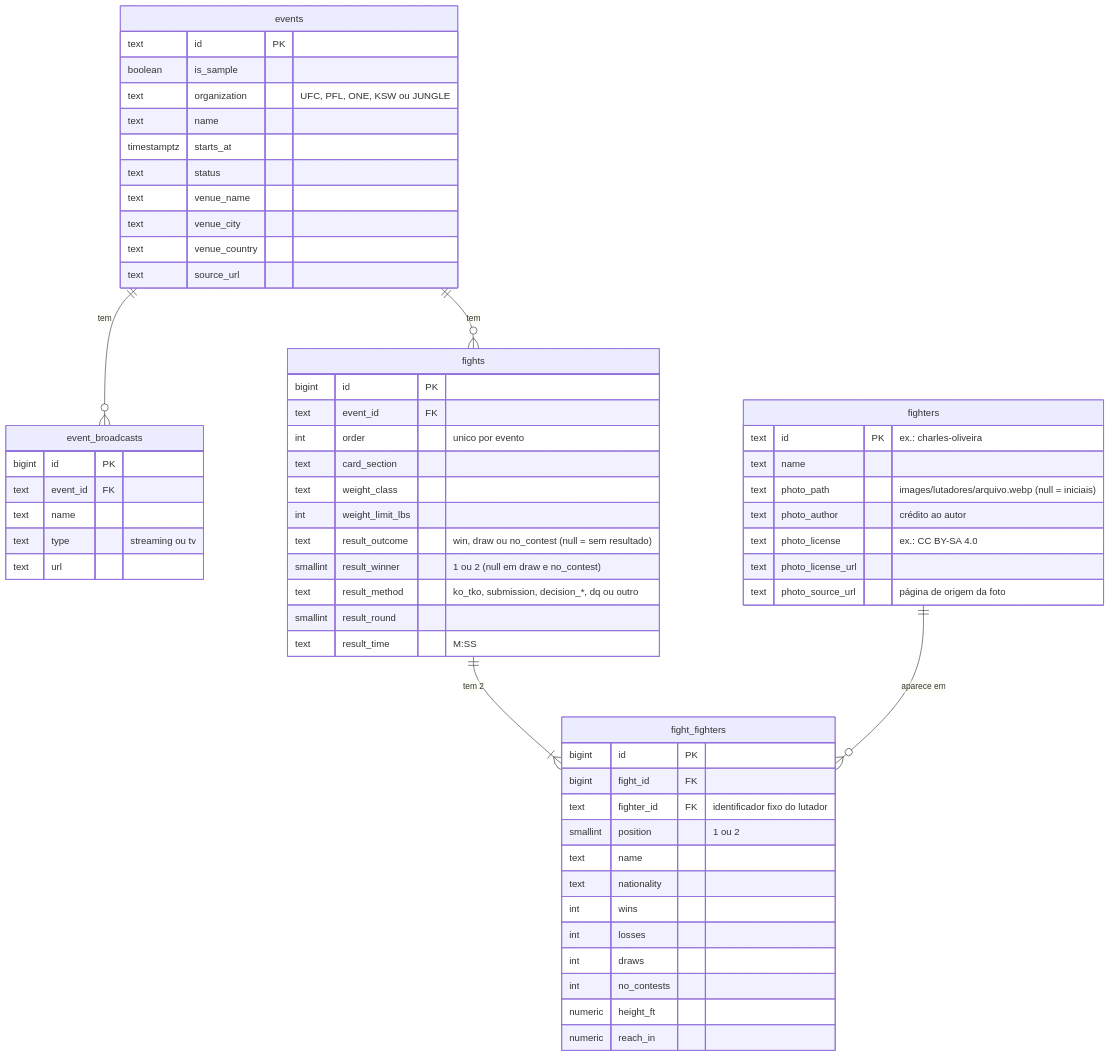
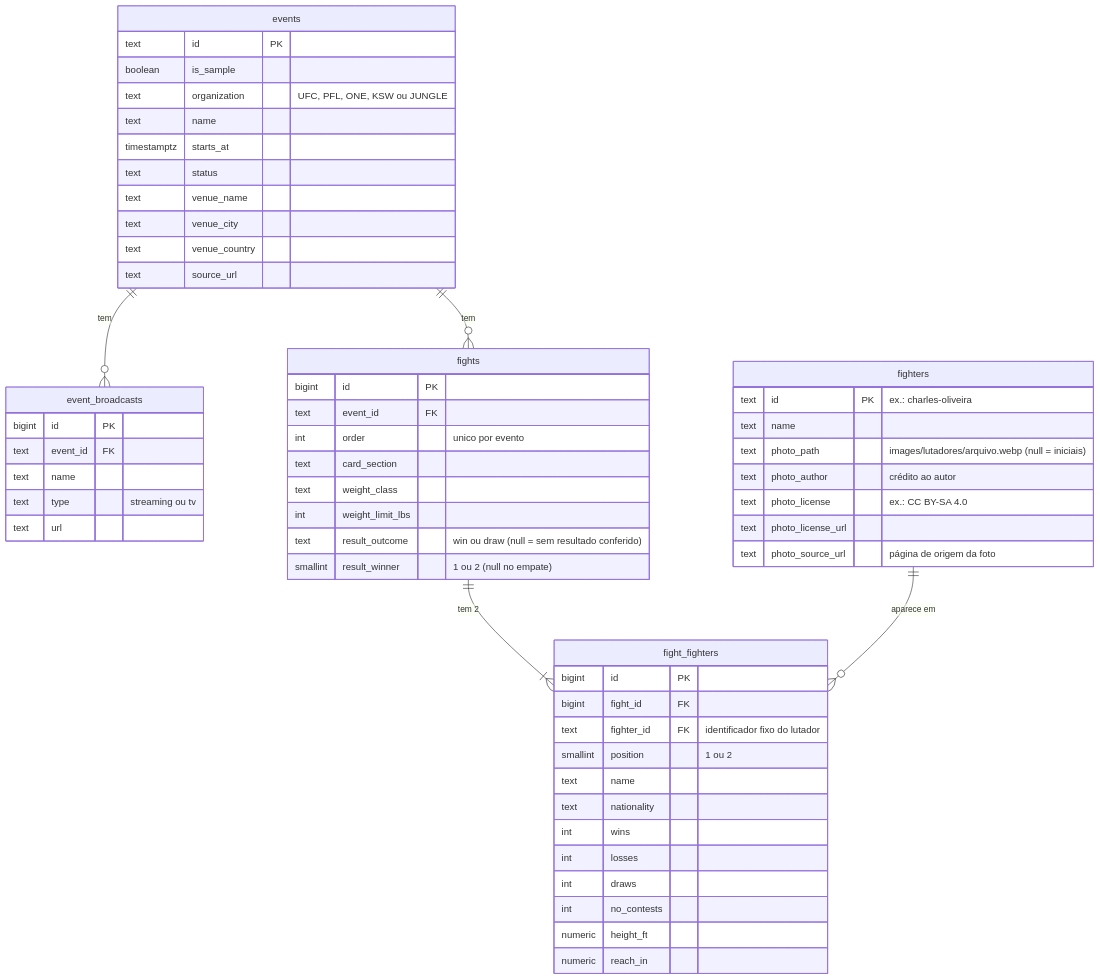
One commit to Gabriel-de-Lima-R/fight-club-events changed the third of 3 diagrams in docs/arquitetura.md. Above: the diagram before and after it, drawn with Mermaid. The commit also changed other lines of this file and 6 other files, not shown here.

Commit message:
feat: adiciona o campo result às lutas (vitória ou empate)

````diff
--- a/docs/arquitetura.md
+++ b/docs/arquitetura.md
@@ -91,63 +91,60 @@
 ```mermaid
 erDiagram
     events ||--o{ event_broadcasts : "tem"
     events ||--o{ fights : "tem"
     fights ||--|{ fight_fighters : "tem 2"
     fighters ||--o{ fight_fighters : "aparece em"
 
     events {
         text id PK
         boolean is_sample
         text organization "UFC, PFL, ONE, KSW ou JUNGLE"
         text name
         timestamptz starts_at
         text status
         text venue_name
         text venue_city
         text venue_country
         text source_url
     }
     event_broadcasts {
         bigint id PK
         text event_id FK
         text name
         text type "streaming ou tv"
         text url
     }
     fights {
         bigint id PK
         text event_id FK
         int order "unico por evento"
         text card_section
         text weight_class
         int weight_limit_lbs
-        text result_outcome "win, draw ou no_contest (null = sem resultado)"
-        smallint result_winner "1 ou 2 (null em draw e no_contest)"
-        text result_method "ko_tko, submission, decision_*, dq ou outro"
-        smallint result_round
-        text result_time "M:SS"
+        text result_outcome "win ou draw (null = sem resultado conferido)"
+        smallint result_winner "1 ou 2 (null no empate)"
     }
     fight_fighters {
         bigint id PK
         bigint fight_id FK
         text fighter_id FK "identificador fixo do lutador"
         smallint position "1 ou 2"
         text name
         text nationality
         int wins
         int losses
         int draws
         int no_contests
         numeric height_ft
         numeric reach_in
     }
     fighters {
         text id PK "ex.: charles-oliveira"
         text name
         text photo_path "images/lutadores/arquivo.webp (null = iniciais)"
         text photo_author "crédito ao autor"
         text photo_license "ex.: CC BY-SA 4.0"
         text photo_license_url
         text photo_source_url "página de origem da foto"
     }
 ```
````
